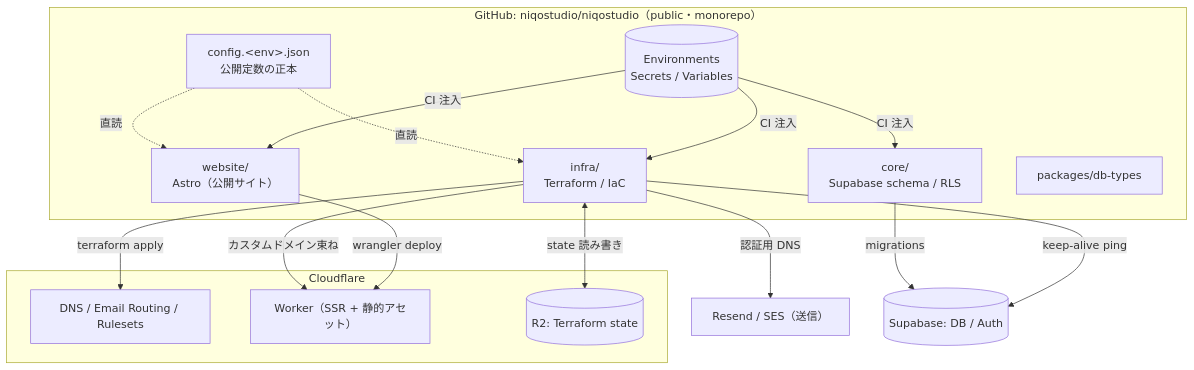
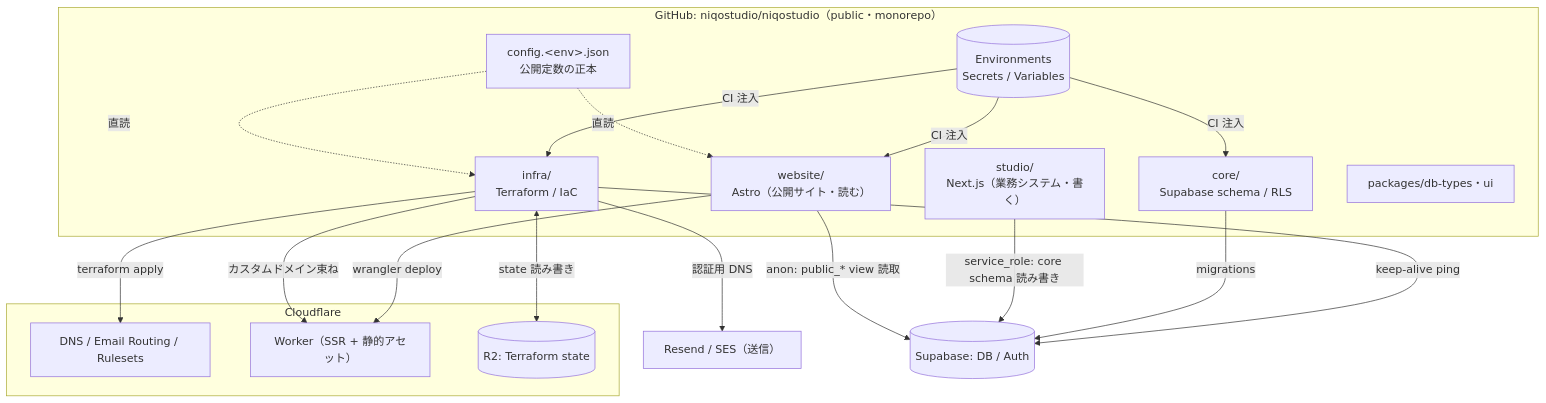
One commit to niqostudio/niqostudio changed the first of 2 diagrams in docs/architecture.md. Above: the diagram before and after it, drawn with Mermaid. The commit also changed other lines of this file and 5 other files, not shown here.

````diff
--- a/docs/architecture.md
+++ b/docs/architecture.md
@@ -12,33 +12,36 @@
 ```mermaid
 flowchart TB
   subgraph repo["GitHub: niqostudio/niqostudio（public・monorepo）"]
-    website["website/<br/>Astro（公開サイト）"]
+    website["website/<br/>Astro（公開サイト・読む）"]
+    studio["studio/<br/>Next.js（業務システム・書く）"]
     core["core/<br/>Supabase schema / RLS"]
     infra["infra/<br/>Terraform / IaC"]
-    pkg["packages/db-types"]
+    pkg["packages/db-types・ui"]
     cfg["config.&lt;env&gt;.json<br/>公開定数の正本"]
     env[("Environments<br/>Secrets / Variables")]
   end
 
   subgraph CF["Cloudflare"]
     dns["DNS / Email Routing / Rulesets"]
     worker["Worker（SSR + 静的アセット）"]
     r2[("R2: Terraform state")]
   end
 
   resend["Resend / SES（送信）"]
   supabase[("Supabase: DB / Auth")]
 
   infra -->|terraform apply| dns
   infra -->|カスタムドメイン束ね| worker
   infra -->|認証用 DNS| resend
   infra <-->|state 読み書き| r2
   website -->|wrangler deploy| worker
+  website -->|anon: public_* view 読取| supabase
+  studio -->|service_role: core schema 読み書き| supabase
   core -->|migrations| supabase
   infra -->|keep-alive ping| supabase
   cfg -.->|直読| infra
   cfg -.->|直読| website
   env -->|CI 注入| infra
   env -->|CI 注入| core
   env -->|CI 注入| website
 ```
````
